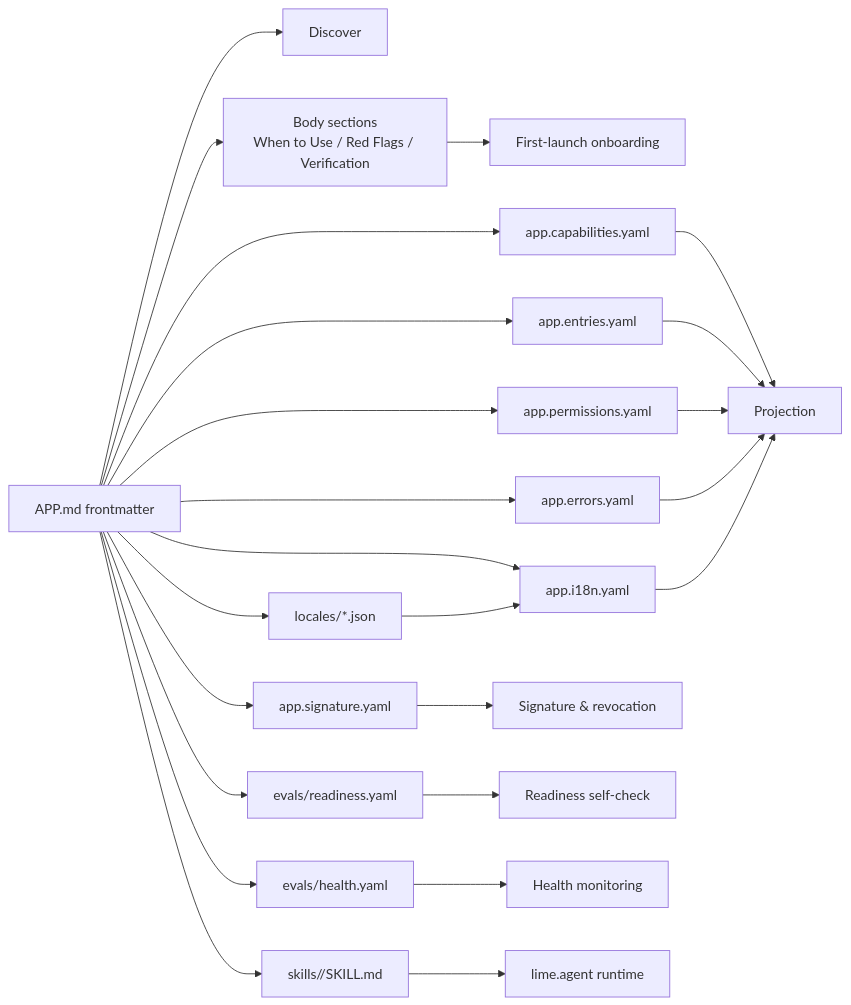
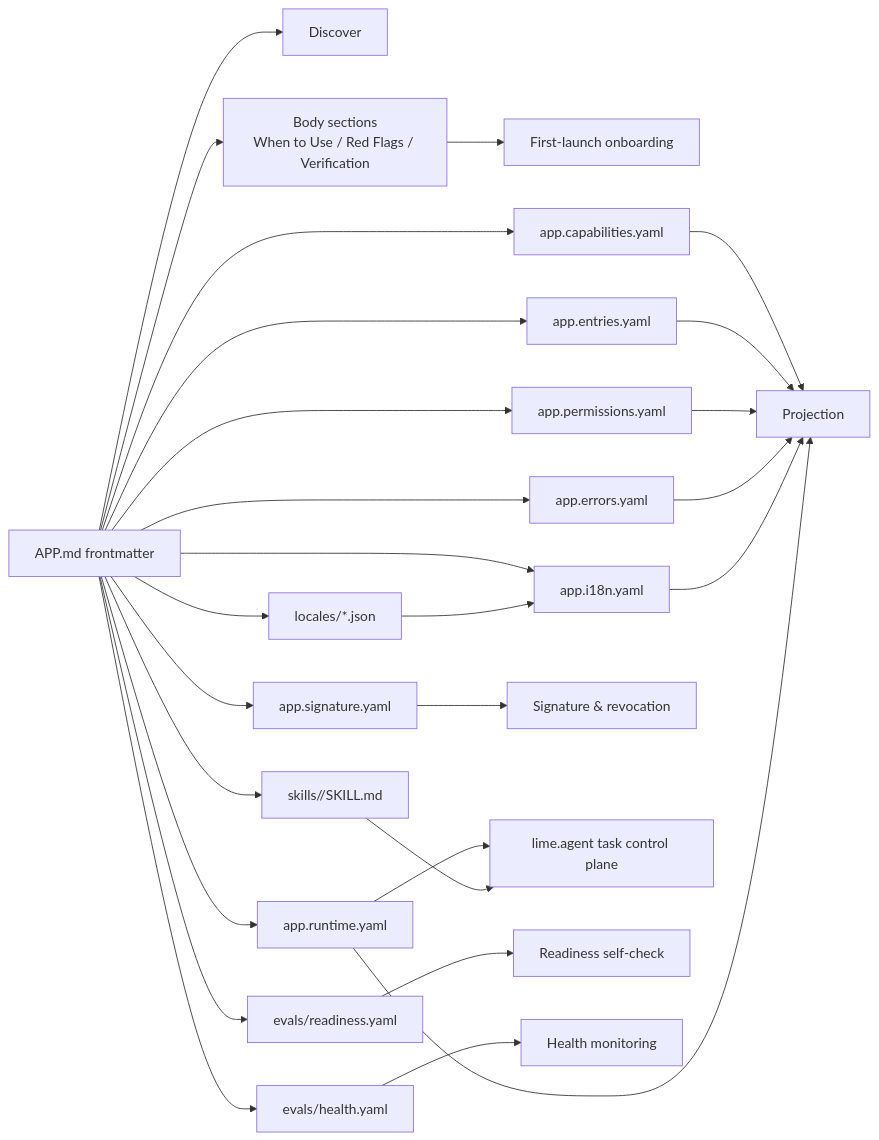
The seventh of 8 diagrams in docs/en/architecture.md (limecloud/agentapp), drawn with Mermaid before and after one commit. The commit also changed other lines of this file and 46 other files, not shown here.

````diff
--- a/docs/en/architecture.md
+++ b/docs/en/architecture.md
@@ -232,31 +232,34 @@
 ```mermaid
 flowchart LR
   APPMD[APP.md frontmatter] --> Discover
   APPMD --> Sections[Body sections<br/>When to Use / Red Flags / Verification]
   Sections --> Onboarding[First-launch onboarding]
 
   APPMD --> Capabilities[app.capabilities.yaml]
   APPMD --> Entries[app.entries.yaml]
   APPMD --> Permissions[app.permissions.yaml]
   APPMD --> Errors[app.errors.yaml]
   APPMD --> I18N[app.i18n.yaml]
   APPMD --> Sig[app.signature.yaml]
+  APPMD --> Runtime[app.runtime.yaml]
 
   Capabilities --> Project[Projection]
   Entries --> Project
   Permissions --> Project
   Errors --> Project
   I18N --> Project
   Sig --> Verify[Signature & revocation]
+  Runtime --> Project
+  Runtime --> AgentRT[lime.agent task control plane]
 
   APPMD --> Readiness[evals/readiness.yaml]
   APPMD --> Health[evals/health.yaml]
   Readiness --> ReadyCheck[Readiness self-check]
   Health --> HealthCheck[Health monitoring]
 
   APPMD --> Skills[skills/<name>/SKILL.md]
-  Skills --> AgentRT[lime.agent runtime]
+  Skills --> AgentRT
 
   APPMD --> Locales[locales/*.json]
   Locales --> I18N
 ```
````
